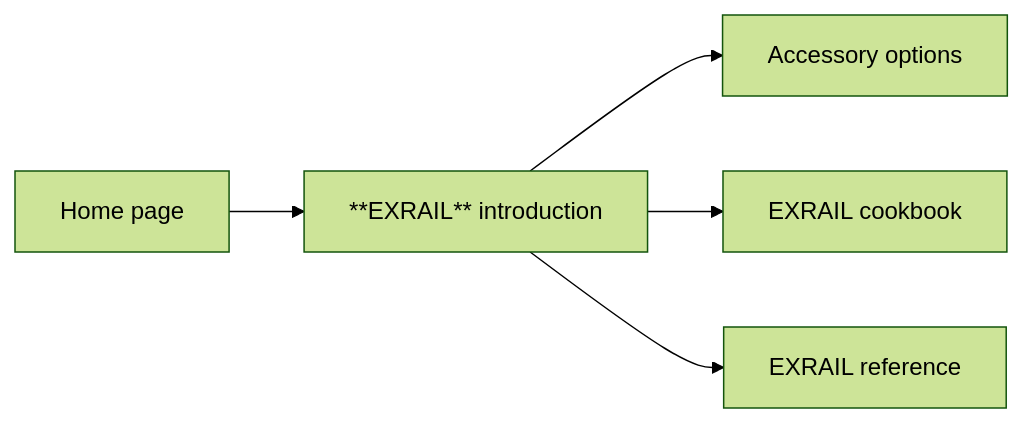
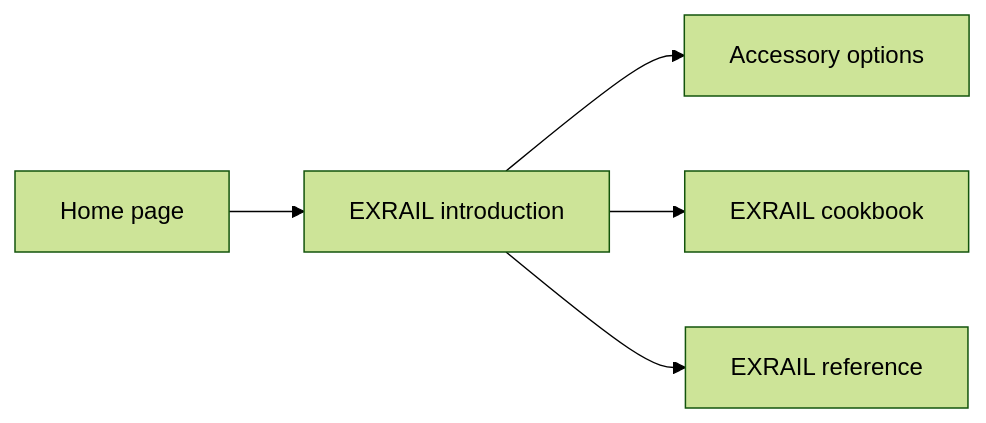
Before and after one commit to DCC-EX/mkdocs-test: the fifth of 7 diagrams in docs/contributing/user-journeys.md, drawn with Mermaid (forest theme). The commit also changed 3 other files, not shown here.

````diff
--- a/docs/contributing/user-journeys.md
+++ b/docs/contributing/user-journeys.md
@@ -54,7 +54,7 @@
 ```mermaid
 graph LR
-    A[Home page] --> B[**EXRAIL** introduction];
+    A[Home page] --> B[EXRAIL introduction];
     B --> C[Accessory options];
     B --> D[EXRAIL cookbook];
     B --> E[EXRAIL reference];
 ```
````
